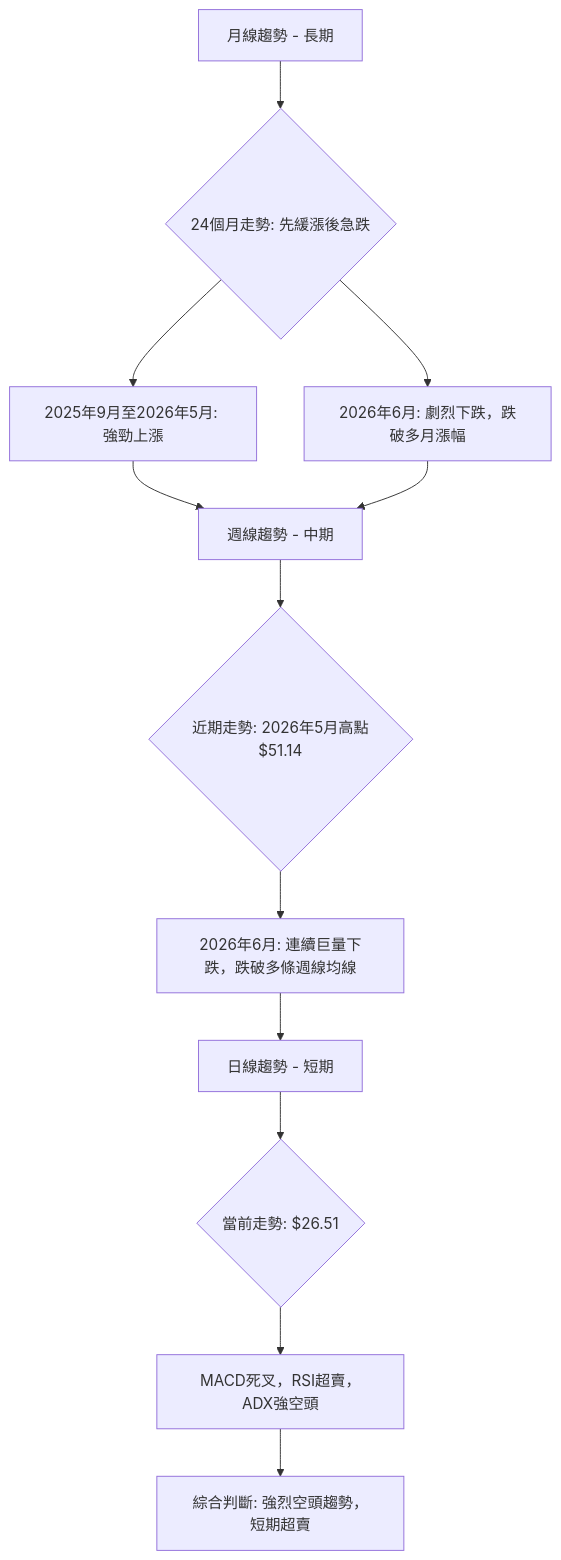
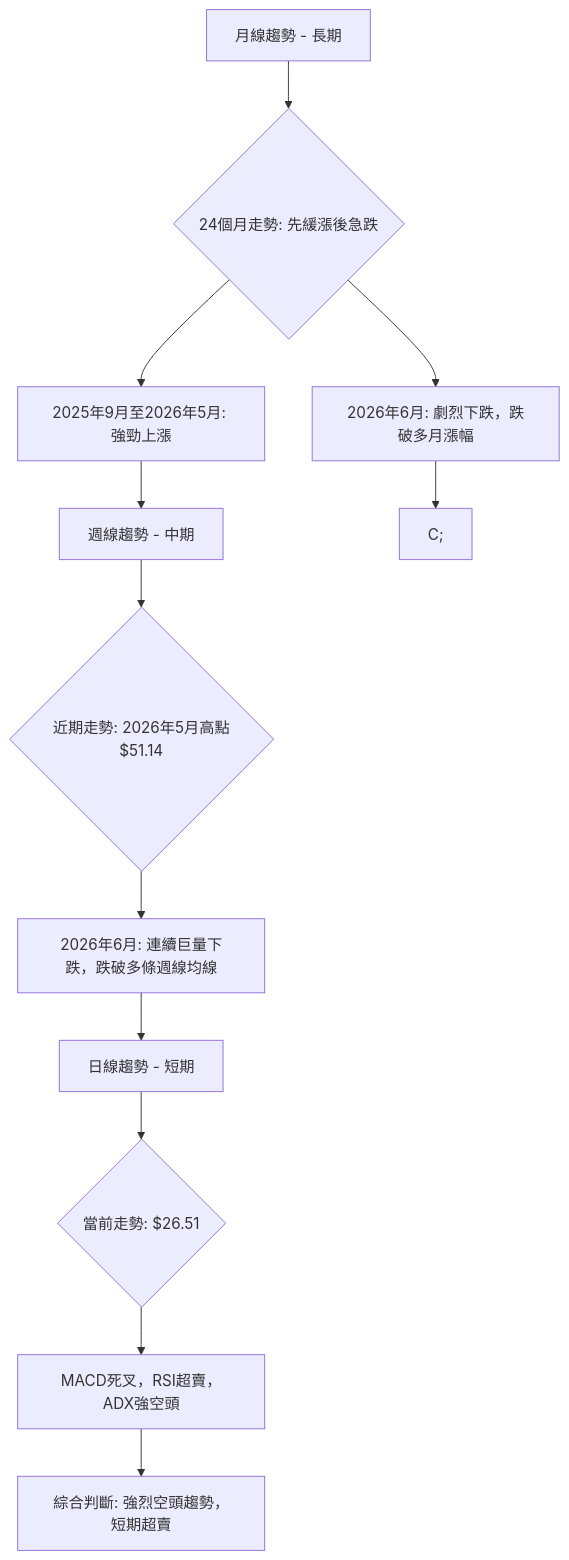
Before and after one commit to yennanliu/finance_data: the second of 12 diagrams in ai_gen_report/stock/pl/technical_analysis_2026-06-27_gemini-2.md, drawn with Mermaid. The commit also changed other lines of this file and 2258 other files, not shown here.

First line of the commit message:
chore: backfill Mermaid syntax repair across existing reports

````diff
--- a/ai_gen_report/stock/pl/technical_analysis_2026-06-27_gemini-2.md
+++ b/ai_gen_report/stock/pl/technical_analysis_2026-06-27_gemini-2.md
@@ -130,14 +130,14 @@
 ```mermaid
 graph TD
-    A[月線趨勢 - 長期] --> B{24個月走勢: 先緩漲後急跌};
-    B --> B1[2025年9月至2026年5月: 強勁上漲];
-    B --> B2[2026年6月: 劇烈下跌，跌破多月漲幅];
-    B1 --> C[週線趨勢 - 中期];
-    B2 --> C;
-    C --> C1{近期走勢: 2026年5月高點$51.14};
-    C1 --> C2[2026年6月: 連續巨量下跌，跌破多條週線均線];
-    C2 --> D[日線趨勢 - 短期];
-    D --> D1{當前走勢: $26.51};
-    D1 --> D2[MACD死叉，RSI超賣，ADX強空頭];
-    D2 --> E[綜合判斷: 強烈空頭趨勢，短期超賣];
+    A["月線趨勢 - 長期"] --> B{"24個月走勢: 先緩漲後急跌"};
+    B --> B1["2025年9月至2026年5月: 強勁上漲"];
+    B --> B2["2026年6月: 劇烈下跌，跌破多月漲幅"];
+    B1 --> C["週線趨勢 - 中期"];
+    B2 --> nb1["C;"]
+    C --> C1{"近期走勢: 2026年5月高點$51.14"};
+    C1 --> C2["2026年6月: 連續巨量下跌，跌破多條週線均線"];
+    C2 --> D["日線趨勢 - 短期"];
+    D --> D1{"當前走勢: $26.51"};
+    D1 --> D2["MACD死叉，RSI超賣，ADX強空頭"];
+    D2 --> E["綜合判斷: 強烈空頭趨勢，短期超賣"];
 ```
````
